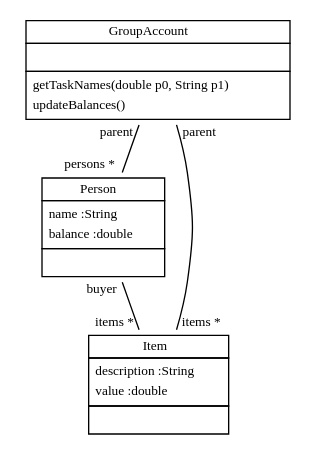
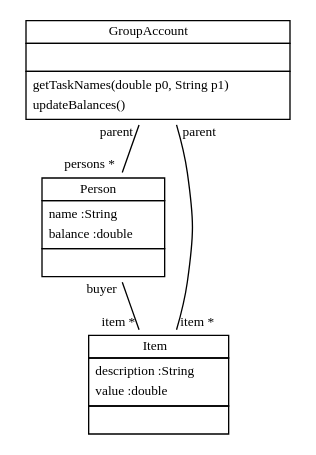
Before and after one commit to fujaba/SDMLib: the diagram in doc/GroupAccountCodegenClassDiagram2.dot, drawn with Graphviz. The commit also changed 45 other files, not shown here.

```diff
--- a/doc/GroupAccountCodegenClassDiagram2.dot
+++ b/doc/GroupAccountCodegenClassDiagram2.dot
@@ -1,16 +1,16 @@
 
  digraph ClassDiagram {
     node [shape = none, fontsize = 10]; 
     edge [fontsize = 10];
     
     
     _GroupAccount [label=<<table border='0' cellborder='1' cellspacing='0'> <tr> <td HREF="../src/GroupAccount.java">GroupAccount</td> </tr> <tr><td><table border='0' cellborder='0' cellspacing='0'> <tr><td> </td></tr> </table></td></tr> <tr><td><table border='0' cellborder='0' cellspacing='0'> <tr><td align='left'>getTaskNames(double p0, String p1)</td></tr> <tr><td align='left'>updateBalances()</td></tr>  </table></td></tr> </table>>];
     _Person [label=<<table border='0' cellborder='1' cellspacing='0'> <tr> <td HREF="../src/Person.java">Person</td> </tr> <tr><td><table border='0' cellborder='0' cellspacing='0'> <tr><td align='left'>name :String</td></tr> <tr><td align='left'>balance :double</td></tr>  </table></td></tr> <tr><td><table border='0' cellborder='0' cellspacing='0'> <tr><td> </td></tr> </table></td></tr> </table>>];
     _Item [label=<<table border='0' cellborder='1' cellspacing='0'> <tr> <td HREF="../src/Item.java">Item</td> </tr> <tr><td><table border='0' cellborder='0' cellspacing='0'> <tr><td align='left'>description :String</td></tr> <tr><td align='left'>value :double</td></tr>  </table></td></tr> <tr><td><table border='0' cellborder='0' cellspacing='0'> <tr><td> </td></tr> </table></td></tr> </table>>];
     
     
     
     _GroupAccount -> _Person [headlabel = "persons *" taillabel = "parent" arrowhead = "none" ];
-    _GroupAccount -> _Item [headlabel = "items *" taillabel = "parent" arrowhead = "none" ];
-    _Person -> _Item [headlabel = "items *" taillabel = "buyer" arrowhead = "none" ];
+    _GroupAccount -> _Item [headlabel = "item *" taillabel = "parent" arrowhead = "none" ];
+    _Person -> _Item [headlabel = "item *" taillabel = "buyer" arrowhead = "none" ];
 }
```
